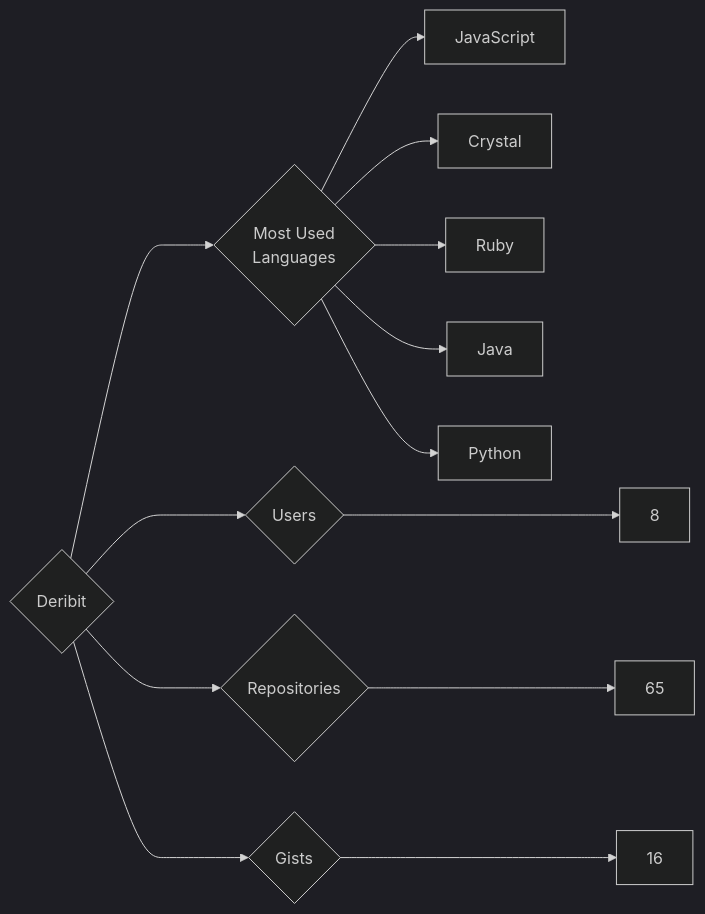
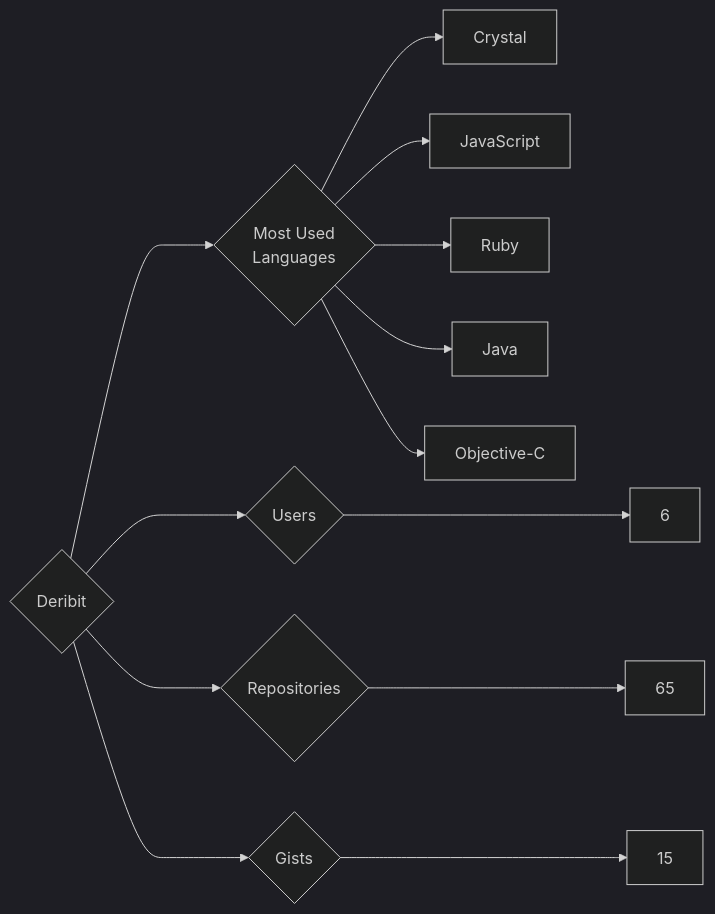
The diagram in targets/Deribit/README.md (trickest/insiders), drawn with Mermaid (dark theme) before and after one commit. The commit also changed 809 other files, not shown here.

````diff
--- a/targets/Deribit/README.md
+++ b/targets/Deribit/README.md
@@ -3,13 +3,13 @@
 ```mermaid
 graph LR
 COMPANY_NAME{Deribit}
-COMPANY_NAME ---> U{Users} ---> UN[8]
+COMPANY_NAME ---> U{Users} ---> UN[6]
 COMPANY_NAME ---> R{Repositories} ---> RN[65]
-COMPANY_NAME ---> G{Gists} ---> GN[16]
+COMPANY_NAME ---> G{Gists} ---> GN[15]
 COMPANY_NAME ---> ML{Most Used<br>Languages}
+ML --> Crystal[Crystal]
 ML --> JavaScript[JavaScript]
-ML --> Crystal[Crystal]
 ML --> Ruby[Ruby]
 ML --> Java[Java]
-ML --> Python[Python]
+ML --> Objective-C[Objective-C]
 ```
````
